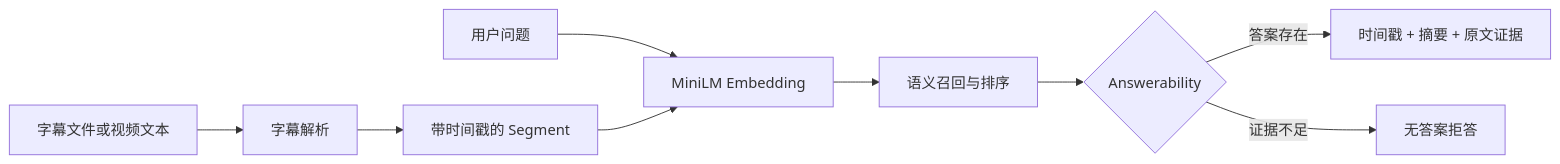
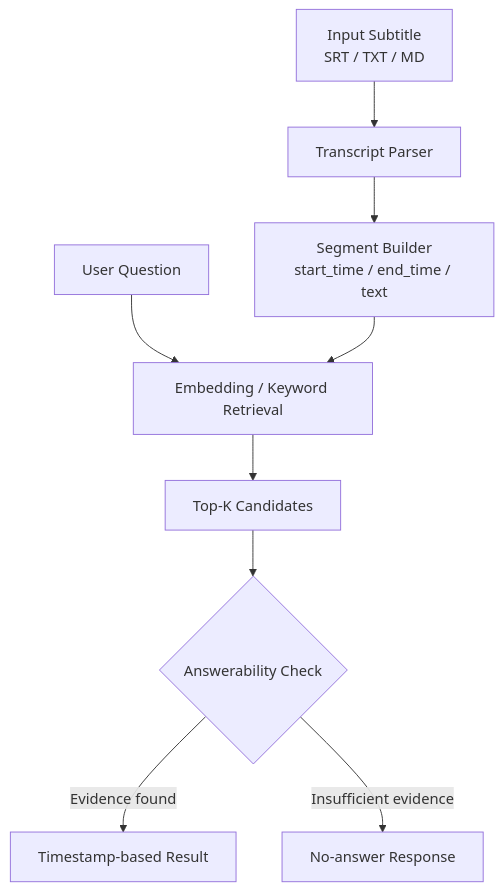
The diagram in README.md (hiohoisa/VideoFind), drawn with Mermaid before and after one commit. The commit also changed other lines of this file and 1 other file, not shown here.

Commit message:
docs: improve README and add architecture documentation

````diff
--- a/README.md
+++ b/README.md
@@ -34,11 +120,11 @@
 ```mermaid
-flowchart LR
-    A[字幕文件或视频文本] --> B[字幕解析]
-    B --> C[带时间戳的 Segment]
-    Q[用户问题] --> D[MiniLM Embedding]
+flowchart TD
+    A[Input Subtitle<br/>SRT / TXT / MD] --> B[Transcript Parser]
+    B --> C[Segment Builder<br/>start_time / end_time / text]
+    Q[User Question] --> D[Embedding / Keyword Retrieval]
     C --> D
-    D --> E[语义召回与排序]
-    E --> F{Answerability}
-    F -->|答案存在| G[时间戳 + 摘要 + 原文证据]
-    F -->|证据不足| H[无答案拒答]
+    D --> E[Top-K Candidates]
+    E --> F{Answerability Check}
+    F -->|Evidence found| G[Timestamp-based Result]
+    F -->|Insufficient evidence| H[No-answer Response]
 ```
````
